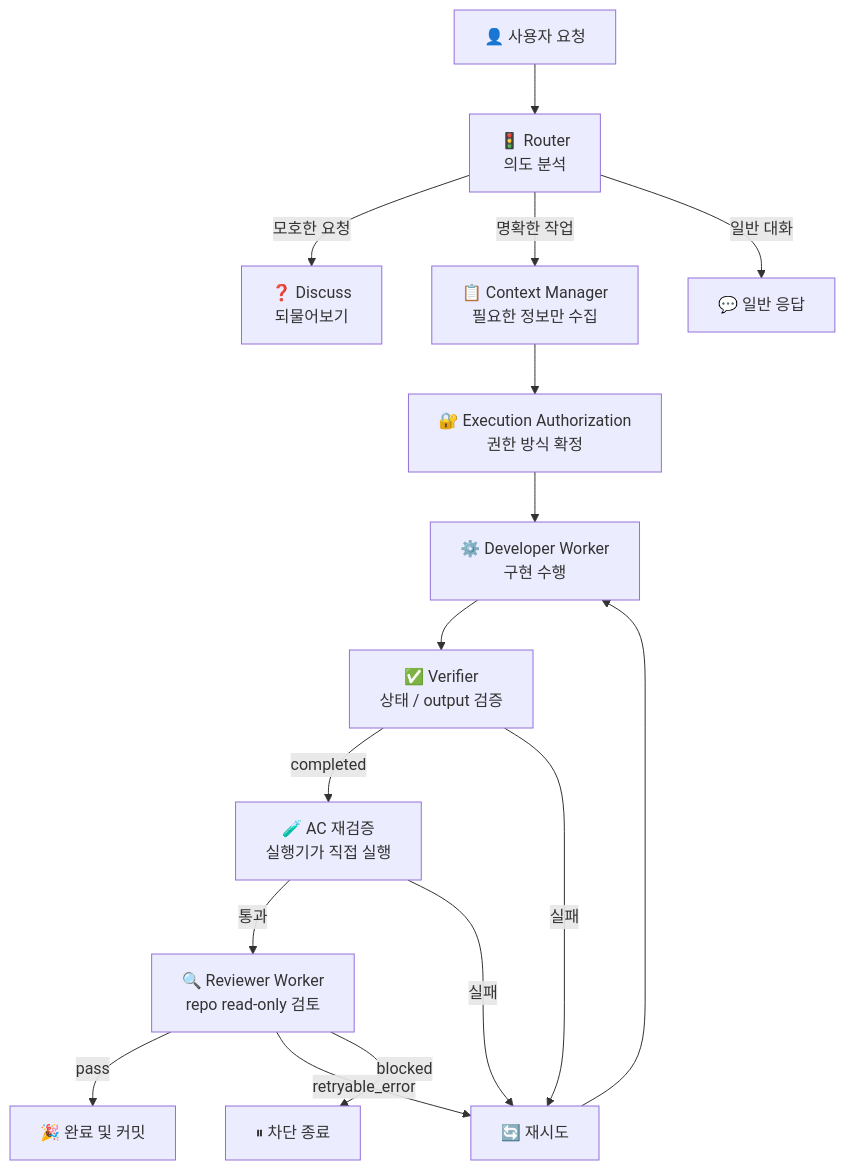
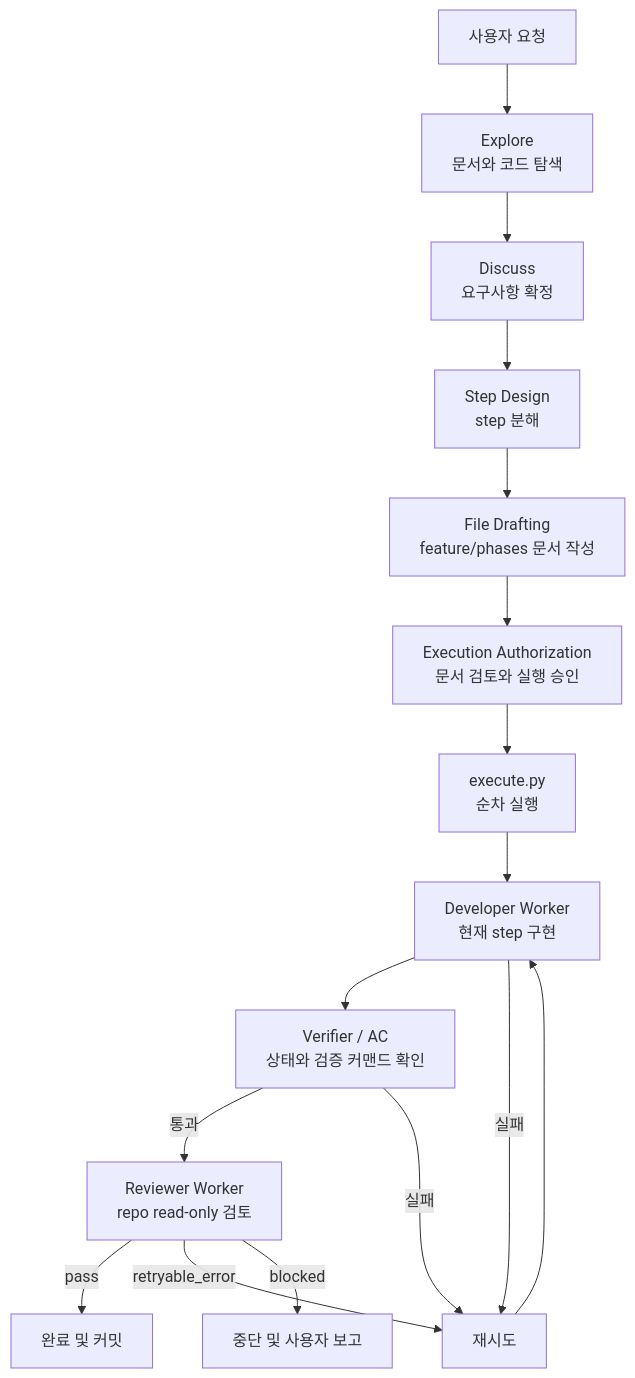
One commit to KimYeonWook511/commerce-backend changed the diagram in docs/skills/dev-start.md. Above: the diagram before and after it, drawn with Mermaid. The commit also changed other lines of this file, not shown here.

````diff
--- a/docs/skills/dev-start.md
+++ b/docs/skills/dev-start.md
@@ -9,18 +9,18 @@
 ```mermaid
 flowchart TD
-    A["👤 사용자 요청"] --> B["🚦 Router<br>의도 분석"]
-    B -->|모호한 요청| C["❓ Discuss<br>되물어보기"]
-    B -->|명확한 작업| D["📋 Context Manager<br>필요한 정보만 수집"]
-    B -->|일반 대화| E["💬 일반 응답"]
-    D --> M["🔐 Execution Authorization<br>권한 방식 확정"]
-    M --> F["⚙️ Developer Worker<br>구현 수행"]
-    F --> G["✅ Verifier<br>상태 / output 검증"]
-    G -->|completed| H["🧪 AC 재검증<br>실행기가 직접 실행"]
-    H -->|통과| I["🔍 Reviewer Worker<br>repo read-only 검토"]
-    H -->|실패| J["🔄 재시도"]
+    A["사용자 요청"] --> B["Explore<br>문서와 코드 탐색"]
+    B --> C["Discuss<br>요구사항 확정"]
+    C --> D["Step Design<br>step 분해"]
+    D --> E["File Drafting<br>feature/phases 문서 작성"]
+    E --> M["Execution Authorization<br>문서 검토와 실행 승인"]
+    M --> F["execute.py<br>순차 실행"]
+    F --> G["Developer Worker<br>현재 step 구현"]
+    G --> H["Verifier / AC<br>상태와 검증 커맨드 확인"]
+    H -->|통과| I["Reviewer Worker<br>repo read-only 검토"]
+    H -->|실패| J["재시도"]
     G -->|실패| J
-    I -->|pass| K["🎉 완료 및 커밋"]
+    I -->|pass| K["완료 및 커밋"]
     I -->|retryable_error| J
-    I -->|blocked| L["⏸ 차단 종료"]
-    J --> F
+    I -->|blocked| L["중단 및 사용자 보고"]
+    J --> G
 ```
````
